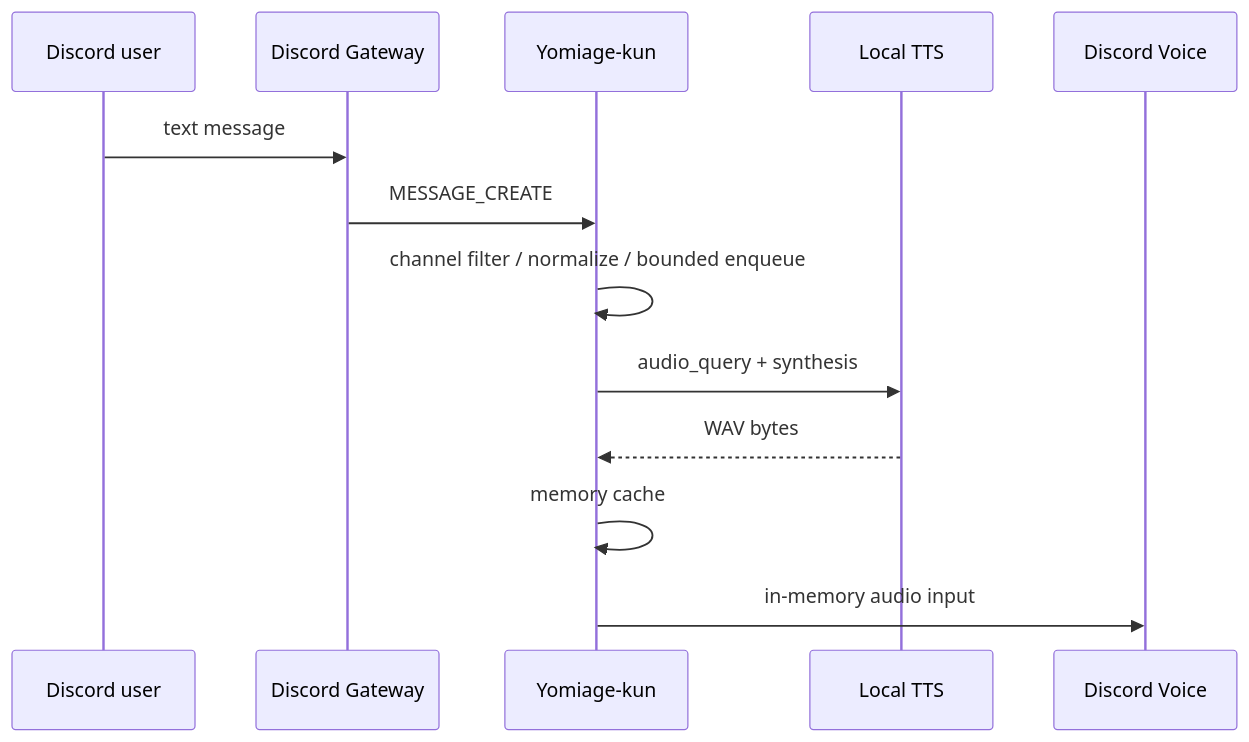
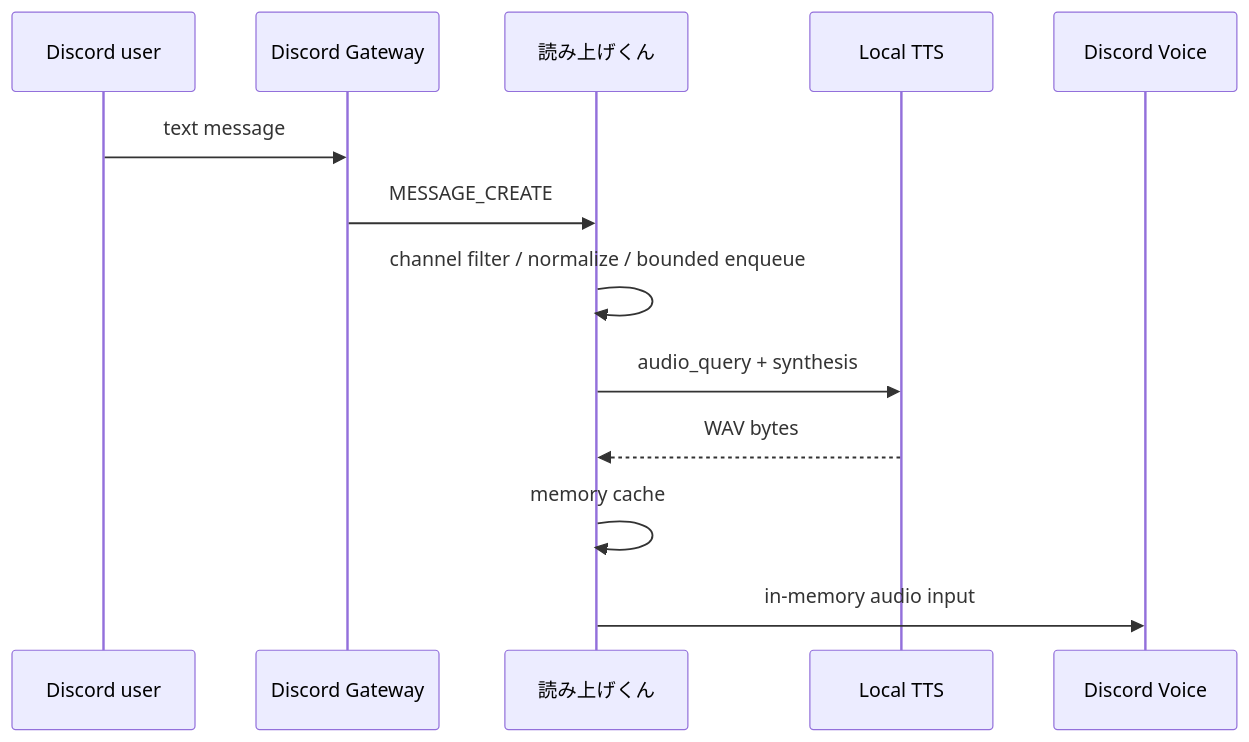
Before and after one commit to yhay81/yomiage-kun: the diagram in docs/architecture.md, drawn with Mermaid. The commit also changed 31 other files, not shown here.

````diff
--- a/docs/architecture.md
+++ b/docs/architecture.md
@@ -25,15 +25,15 @@
 ```mermaid
 sequenceDiagram
     participant U as Discord user
     participant D as Discord Gateway
-    participant Y as Yomiage-kun
+    participant Y as 読み上げくん
     participant T as Local TTS
     participant V as Discord Voice
     U->>D: text message
     D->>Y: MESSAGE_CREATE
     Y->>Y: channel filter / normalize / bounded enqueue
     Y->>T: audio_query + synthesis
     T-->>Y: WAV bytes
     Y->>Y: memory cache
     Y->>V: in-memory audio input
 ```
````
